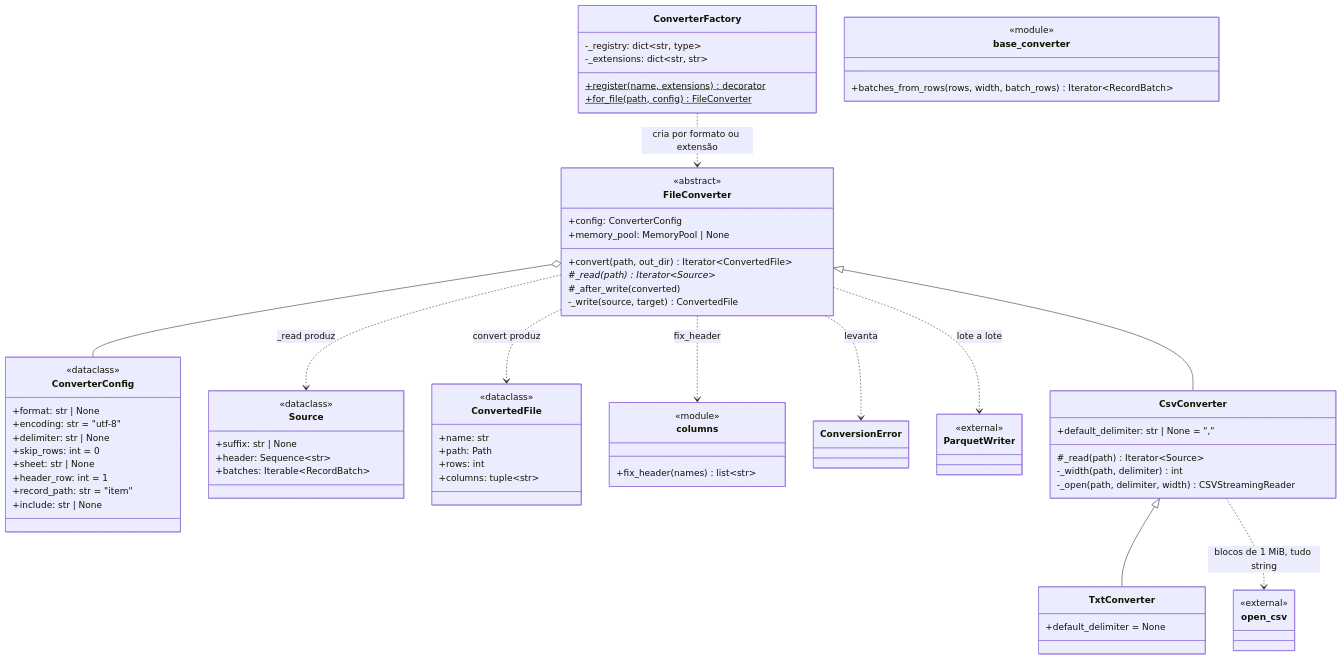
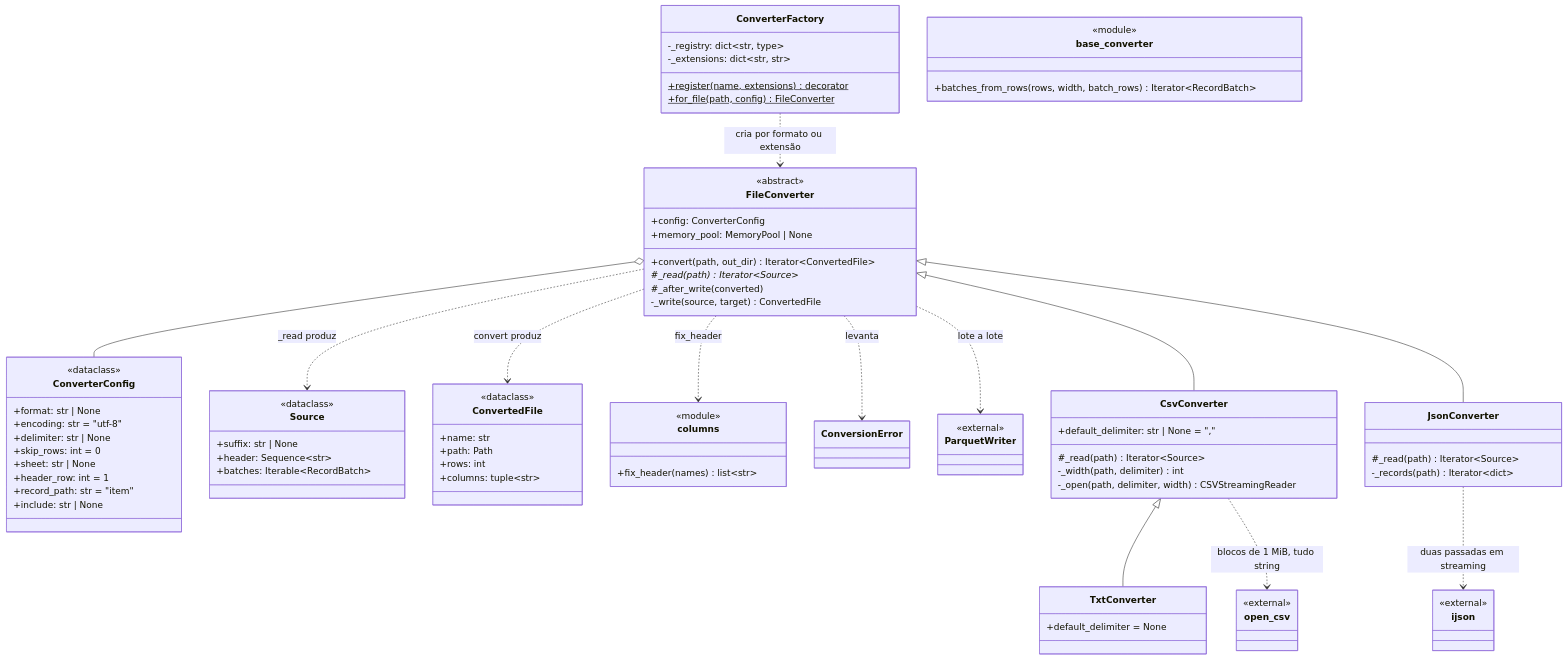
One commit to GovHub-br/data-application-cidades changed the fifth of 5 diagrams in docs/ingestao/diagrama-classes.md. Above: the diagram before and after it, drawn with Mermaid. The commit also changed other lines of this file and 5 other files, not shown here.

First line of the commit message:
feat(ingestion): conversor de json em streaming

```diff
--- a/docs/ingestao/diagrama-classes.md
+++ b/docs/ingestao/diagrama-classes.md
@@ -314,10 +314,19 @@
     class open_csv {
         <<external>>
     }
+    class JsonConverter {
+        #_read(path) Iterator~Source~
+        -_records(path) Iterator~dict~
+    }
+    class ijson {
+        <<external>>
+    }
 
     FileConverter <|-- CsvConverter
     CsvConverter <|-- TxtConverter
     CsvConverter ..> open_csv : blocos de 1 MiB, tudo string
+    FileConverter <|-- JsonConverter
+    JsonConverter ..> ijson : duas passadas em streaming
 
     FileConverter o-- ConverterConfig
     ConverterFactory ..> FileConverter : cria por formato ou extensão
```
